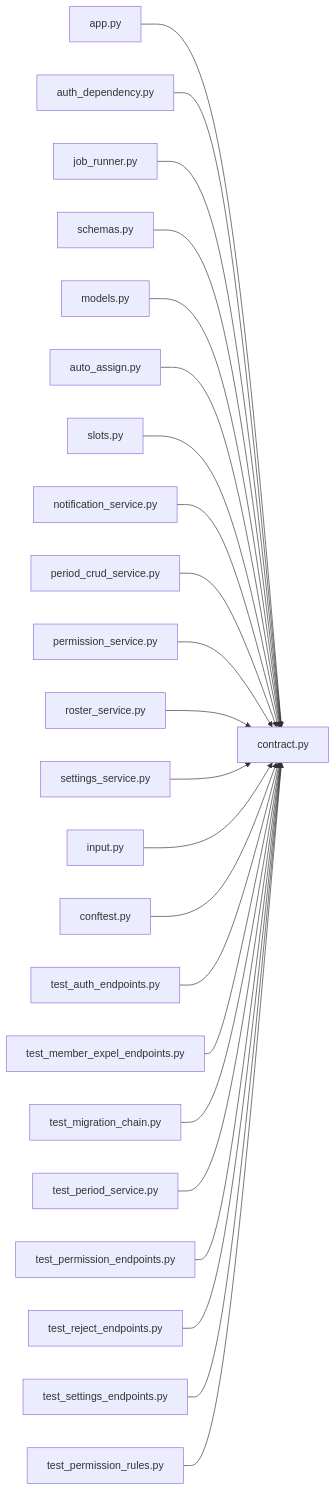
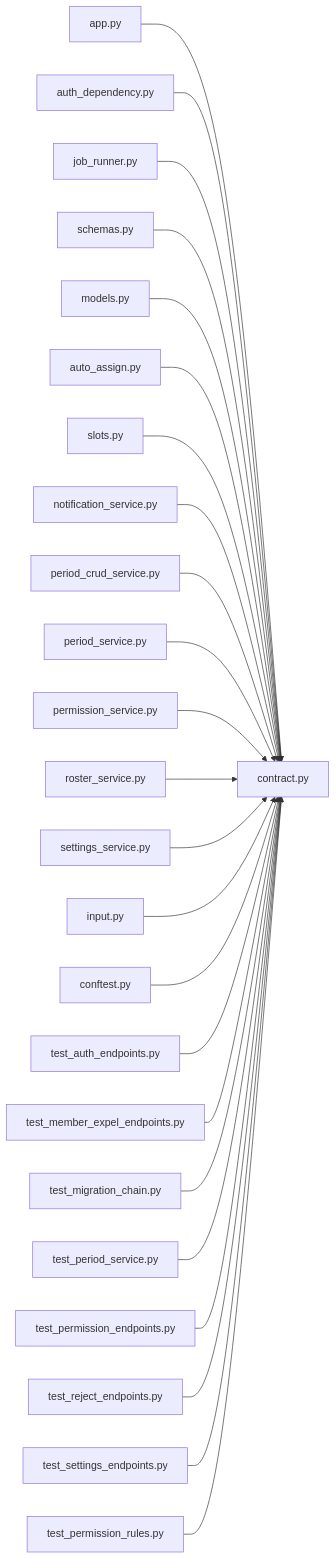
One commit to minkong-dev/Banblit changed the diagram in .cluedoc/graph/backend/src/backend/contract.md. Above: the diagram before and after it, drawn with Mermaid. The commit also changed other lines of this file and 28 other files, not shown here.

Commit message:
backend: move job records, record apply order, admin code and team colors to their pipelines and contract

````diff
--- a/.cluedoc/graph/backend/src/backend/contract.md
+++ b/.cluedoc/graph/backend/src/backend/contract.md
@@ -10,26 +10,27 @@
 ```mermaid
 flowchart LR
   backend_src_backend_contract["contract.py"]
   backend_src_backend_api_app["app.py"] --> backend_src_backend_contract
   backend_src_backend_api_auth_dependency["auth_dependency.py"] --> backend_src_backend_contract
   backend_src_backend_api_job_runner["job_runner.py"] --> backend_src_backend_contract
   backend_src_backend_api_schemas["schemas.py"] --> backend_src_backend_contract
   backend_src_backend_db_models["models.py"] --> backend_src_backend_contract
   backend_src_backend_jobs_auto_assign["auto_assign.py"] --> backend_src_backend_contract
   backend_src_backend_scheduling_slots["slots.py"] --> backend_src_backend_contract
   backend_src_backend_services_notification_notification_service["notification_service.py"] --> backend_src_backend_contract
   backend_src_backend_services_period_period_crud_service["period_crud_service.py"] --> backend_src_backend_contract
+  backend_src_backend_services_period_period_service["period_service.py"] --> backend_src_backend_contract
   backend_src_backend_services_permission_permission_service["permission_service.py"] --> backend_src_backend_contract
   backend_src_backend_services_roster_roster_service["roster_service.py"] --> backend_src_backend_contract
   backend_src_backend_services_settings_settings_service["settings_service.py"] --> backend_src_backend_contract
   backend_src_backend_services_validation_input["input.py"] --> backend_src_backend_contract
   backend_tests_conftest["conftest.py"] --> backend_src_backend_contract
   backend_tests_integration_db_test_auth_endpoints["test_auth_endpoints.py"] --> backend_src_backend_contract
   backend_tests_integration_db_test_member_expel_endpoints["test_member_expel_endpoints.py"] --> backend_src_backend_contract
   backend_tests_integration_db_test_migration_chain["test_migration_chain.py"] --> backend_src_backend_contract
   backend_tests_integration_db_test_period_service["test_period_service.py"] --> backend_src_backend_contract
   backend_tests_integration_db_test_permission_endpoints["test_permission_endpoints.py"] --> backend_src_backend_contract
   backend_tests_integration_db_test_reject_endpoints["test_reject_endpoints.py"] --> backend_src_backend_contract
   backend_tests_integration_db_test_settings_endpoints["test_settings_endpoints.py"] --> backend_src_backend_contract
   backend_tests_unit_test_permission_rules["test_permission_rules.py"] --> backend_src_backend_contract
 ```
````
